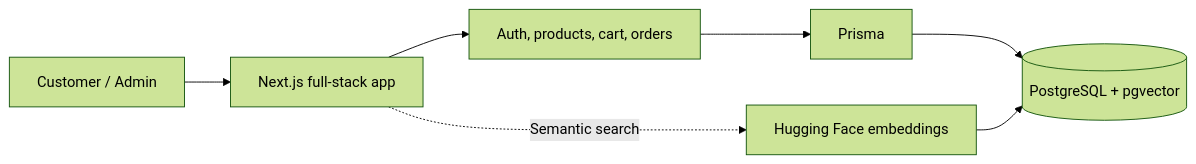
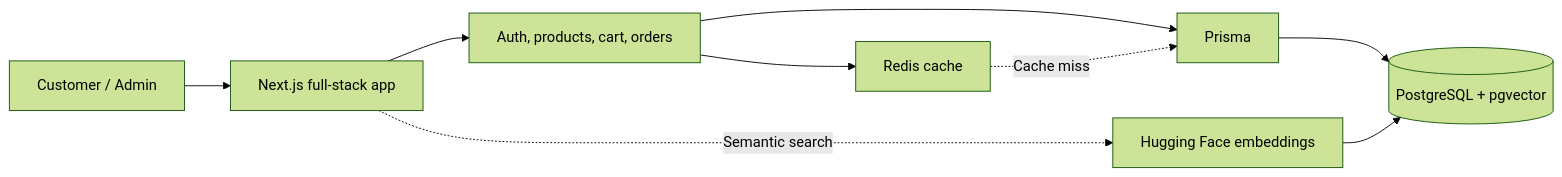
The diagram in README.md (proindra/DBMS_mini_project), drawn with Mermaid (forest theme) before and after one commit. The commit also changed other lines of this file and 20 other files, not shown here.

````diff
--- a/README.md
+++ b/README.md
@@ -116,9 +140,11 @@
 ```mermaid
 flowchart LR
     Browser[Customer / Admin] --> App[Next.js full-stack app]
     App --> Services[Auth, products, cart, orders]
     Services --> ORM[Prisma]
     ORM --> Database[(PostgreSQL + pgvector)]
+    Services --> Cache[Redis cache]
+    Cache -. Cache miss .-> ORM
     App -. Semantic search .-> Embeddings[Hugging Face embeddings]
     Embeddings --> Database
 ```
````
